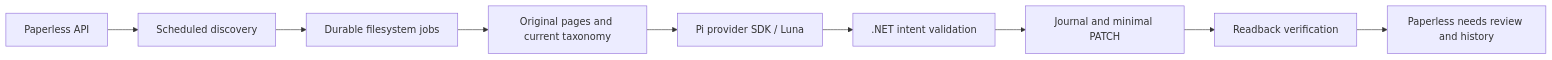
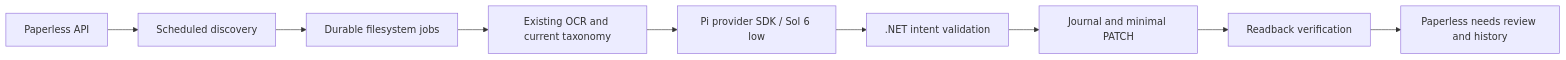
Before and after one commit to mggarofalo/paperless-llm: the diagram in docs/architecture.md, drawn with Mermaid. The commit also changed other lines of this file and 28 other files, not shown here.

````diff
--- a/docs/architecture.md
+++ b/docs/architecture.md
@@ -5,11 +5,11 @@
 ```mermaid
 flowchart LR
   P[Paperless API] --> D[Scheduled discovery]
   D --> J[Durable filesystem jobs]
-  J --> C[Original pages and current taxonomy]
-  C --> L[Pi provider SDK / Luna]
+  J --> C[Existing OCR and current taxonomy]
+  C --> L[Pi provider SDK / Sol 6 low]
   L --> V[.NET intent validation]
   V --> S[Journal and minimal PATCH]
   S --> R[Readback verification]
   R --> H[Paperless needs review and history]
 ```
````
